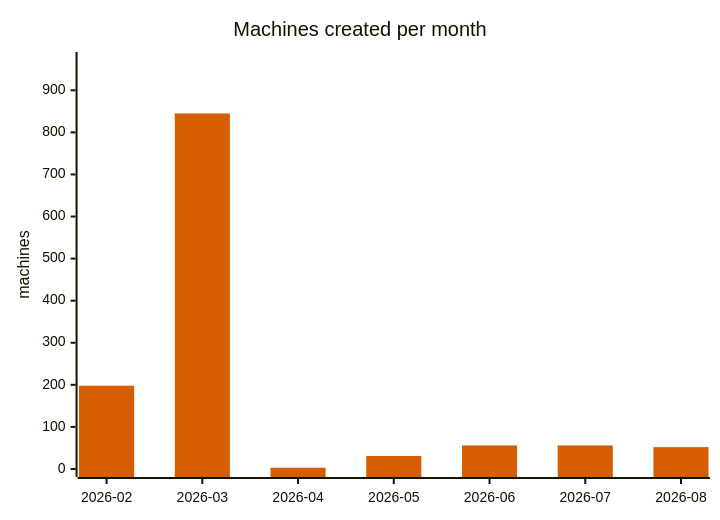
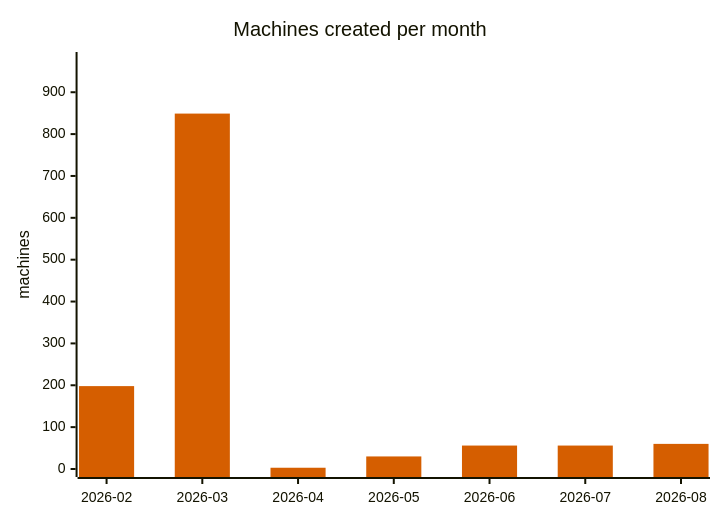
The fifth of 7 diagrams in ANALYSIS.md (cheeaun/returnright-data), drawn with Mermaid before and after one commit. The commit also changed other lines of this file and 3 other files, not shown here.

````diff
--- a/ANALYSIS.md
+++ b/ANALYSIS.md
@@ -218,13 +218,13 @@
 ```mermaid
 ---
 config:
   themeVariables:
     xyChart:
       plotColorPalette: "#D55E00"
 ---
 xychart-beta
     title "Machines created per month"
     x-axis ["2026-02", "2026-03", "2026-04", "2026-05", "2026-06", "2026-07", "2026-08"]
-    y-axis "machines" 0 --> 972
-    bar [198, 845, 3, 31, 56, 56, 52]
+    y-axis "machines" 0 --> 977
+    bar [198, 849, 3, 30, 56, 56, 60]
 ```
````
